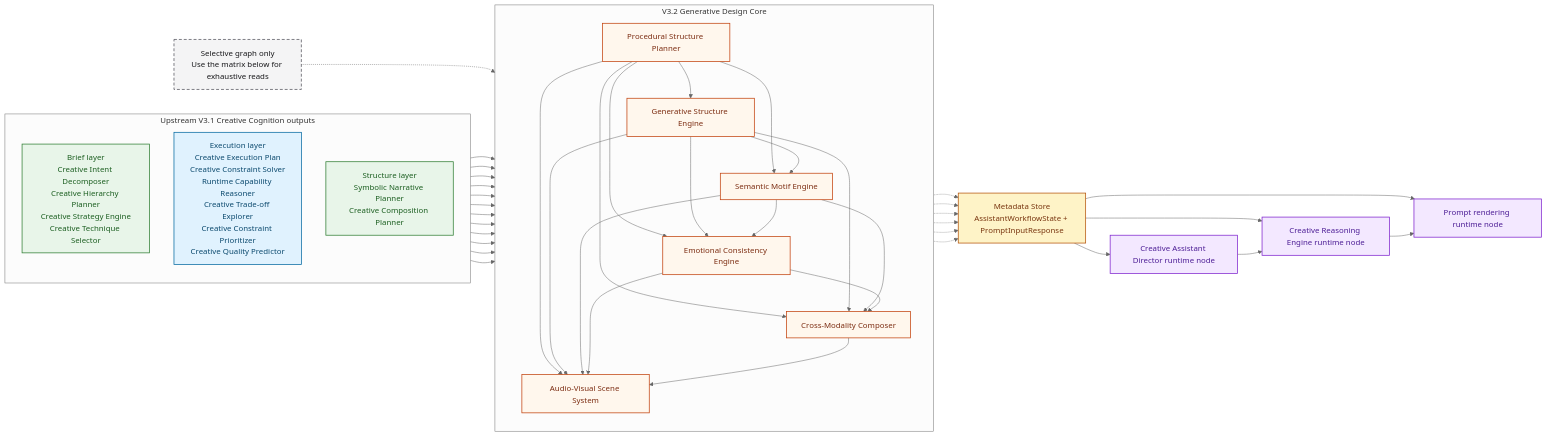
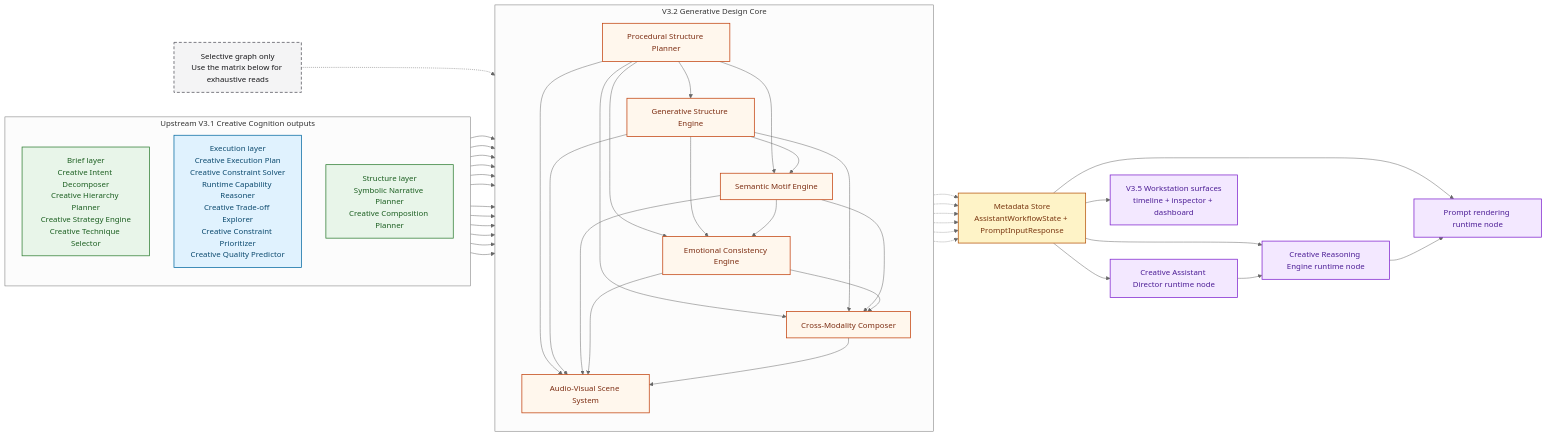
The diagram in architecture/generative_design_graph.md (lmguerrini/creative-coding-assistant), drawn with Mermaid (neutral theme) before and after one commit. The commit also changed other lines of this file and 11 other files, not shown here.

First line of the commit message:
Document workstation surface architecture

````diff
--- a/architecture/generative_design_graph.md
+++ b/architecture/generative_design_graph.md
@@ -31,78 +35,80 @@
 ```mermaid
 flowchart LR
     classDef upstream fill:#E8F5E9,stroke:#2E7D32,color:#1B5E20,stroke-width:1.5px;
     classDef bundle fill:#E0F2FE,stroke:#0369A1,color:#0C4A6E,stroke-width:1.5px;
     classDef design fill:#FFF7ED,stroke:#C2410C,color:#7C2D12,stroke-width:1.5px;
     classDef store fill:#FEF3C7,stroke:#B45309,color:#78350F,stroke-width:1.5px;
     classDef consumer fill:#F3E8FF,stroke:#7E22CE,color:#4C1D95,stroke-width:1.5px;
     classDef note fill:#F4F4F5,stroke:#52525B,color:#18181B,stroke-width:1.5px,stroke-dasharray: 6 4;
 
     subgraph upstream_core["Upstream V3.1 Creative Cognition outputs"]
         direction TB
         brief["Brief layer<br/>Creative Intent Decomposer<br/>Creative Hierarchy Planner<br/>Creative Strategy Engine<br/>Creative Technique Selector"]:::upstream
         execution["Execution layer<br/>Creative Execution Plan<br/>Creative Constraint Solver<br/>Runtime Capability Reasoner<br/>Creative Trade-off Explorer<br/>Creative Constraint Prioritizer<br/>Creative Quality Predictor"]:::bundle
         story["Structure layer<br/>Symbolic Narrative Planner<br/>Creative Composition Planner"]:::upstream
     end
 
     subgraph design_core["V3.2 Generative Design Core"]
         direction TB
         procedural["Procedural Structure Planner"]:::design
         generative["Generative Structure Engine"]:::design
         motif["Semantic Motif Engine"]:::design
         emotion["Emotional Consistency Engine"]:::design
         cross["Cross-Modality Composer"]:::design
         scene["Audio-Visual Scene System"]:::design
     end
 
     metadata_store["Metadata Store<br/>AssistantWorkflowState + PromptInputResponse"]:::store
     director["Creative Assistant Director runtime node"]:::consumer
     reasoning["Creative Reasoning Engine runtime node"]:::consumer
     prompt_rendering["Prompt rendering runtime node"]:::consumer
+    workstation["V3.5 Workstation surfaces<br/>timeline + inspector + dashboard"]:::consumer
     note["Selective graph only<br/>Use the matrix below for exhaustive reads"]:::note
 
     brief --> procedural
     execution --> procedural
     story --> procedural
 
     execution --> generative
     story --> generative
     procedural --> generative
 
     story --> motif
     procedural --> motif
     generative --> motif
 
     execution --> emotion
     story --> emotion
     procedural --> emotion
     generative --> emotion
     motif --> emotion
 
     execution --> cross
     story --> cross
     procedural --> cross
     generative --> cross
     motif --> cross
     emotion --> cross
 
     execution --> scene
     story --> scene
     procedural --> scene
     generative --> scene
     motif --> scene
     emotion --> scene
     cross --> scene
 
     procedural -.-> metadata_store
     generative -.-> metadata_store
     motif -.-> metadata_store
     emotion -.-> metadata_store
     cross -.-> metadata_store
     scene -.-> metadata_store
 
     metadata_store --> director
     metadata_store --> reasoning
     metadata_store --> prompt_rendering
+    metadata_store --> workstation
     director --> reasoning --> prompt_rendering
     note -.-> design_core
 ```
````
